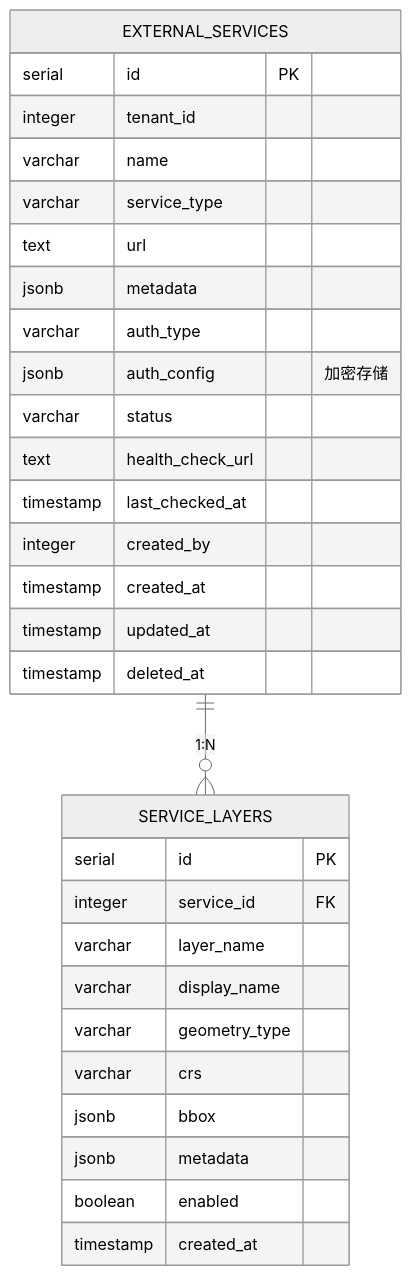
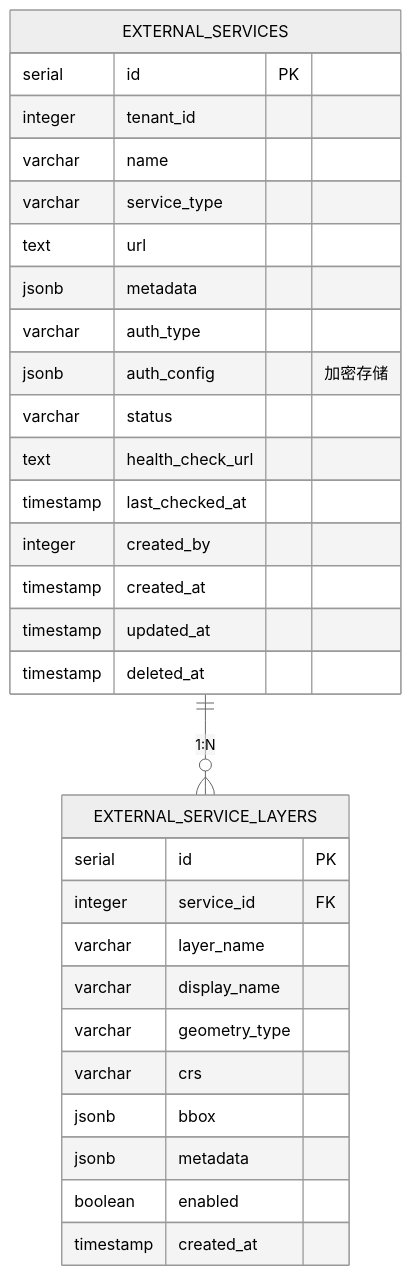
Before and after one commit to pampa0629/addp: the diagram in service/docs/数据库架构.md, drawn with Mermaid (neutral theme). The commit also changed other lines of this file and 100 other files, not shown here.

````diff
--- a/service/docs/数据库架构.md
+++ b/service/docs/数据库架构.md
@@ -29,35 +29,35 @@
 ```mermaid
 erDiagram
-    EXTERNAL_SERVICES ||--o{ SERVICE_LAYERS : "1:N"
-    
+    EXTERNAL_SERVICES ||--o{ EXTERNAL_SERVICE_LAYERS : "1:N"
+
     EXTERNAL_SERVICES {
         serial id PK
         integer tenant_id
         varchar name
         varchar service_type
         text url
         jsonb metadata
         varchar auth_type
         jsonb auth_config "加密存储"
         varchar status
         text health_check_url
         timestamp last_checked_at
         integer created_by
         timestamp created_at
         timestamp updated_at
         timestamp deleted_at
     }
-    
-    SERVICE_LAYERS {
+
+    EXTERNAL_SERVICE_LAYERS {
         serial id PK
         integer service_id FK
         varchar layer_name
         varchar display_name
         varchar geometry_type
         varchar crs
         jsonb bbox
         jsonb metadata
         boolean enabled
         timestamp created_at
     }
 ```
````
